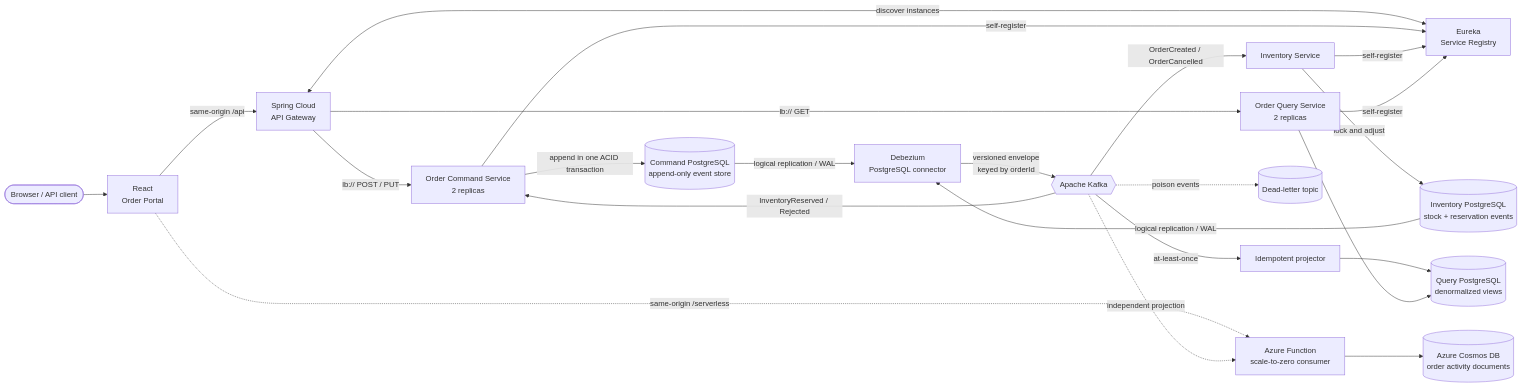
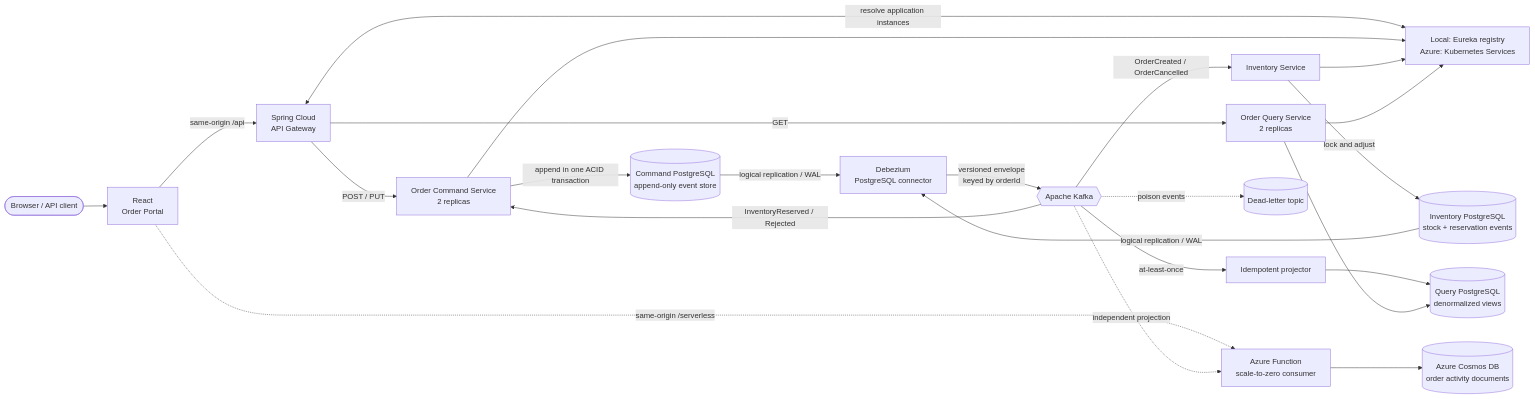
Before and after one commit to karacsonybarni/event-sourced-cqrs-microservices: the diagram in README.md, drawn with Mermaid. The commit also changed other lines of this file and 35 other files, not shown here.

Commit message:
Add Kubernetes application tier for Azure

````diff
--- a/README.md
+++ b/README.md
@@ -16,27 +16,27 @@
 ```mermaid
 flowchart LR
     Client([Browser / API client]) --> Frontend[React<br/>Order Portal]
     Frontend -->|same-origin /api| Gateway[Spring Cloud<br/>API Gateway]
     Frontend -. same-origin /serverless .-> ActivityFunction
-    Registry[Eureka<br/>Service Registry]
-    Gateway <-->|discover instances| Registry
-    Command[Order Command Service<br/>2 replicas] -->|self-register| Registry
-    Inventory[Inventory Service] -->|self-register| Registry
-    Query[Order Query Service<br/>2 replicas] -->|self-register| Registry
-    Gateway -->|lb:// POST / PUT| Command
-    Gateway -->|lb:// GET| Query
+    Discovery[Local: Eureka registry<br/>Azure: Kubernetes Services]
+    Gateway <-->|resolve application instances| Discovery
+    Command[Order Command Service<br/>2 replicas] --> Discovery
+    Inventory[Inventory Service] --> Discovery
+    Query[Order Query Service<br/>2 replicas] --> Discovery
+    Gateway -->|POST / PUT| Command
+    Gateway -->|GET| Query
 
     Command -->|append in one ACID transaction| EventStore[(Command PostgreSQL<br/>append-only event store)]
     EventStore -->|logical replication / WAL| Debezium[Debezium<br/>PostgreSQL connector]
     Debezium -->|versioned envelope<br/>keyed by orderId| Kafka{{Apache Kafka}}
     Kafka -->|OrderCreated / OrderCancelled| Inventory
     Inventory -->|lock and adjust| InventoryDB[(Inventory PostgreSQL<br/>stock + reservation events)]
     InventoryDB -->|logical replication / WAL| Debezium
     Kafka -->|InventoryReserved / Rejected| Command
     Kafka -->|at-least-once| Projector[Idempotent projector]
     Projector --> QueryDB[(Query PostgreSQL<br/>denormalized views)]
     Query --> QueryDB
     Kafka -. independent projection .-> ActivityFunction[Azure Function<br/>scale-to-zero consumer]
     ActivityFunction --> ActivityDB[(Azure Cosmos DB<br/>order activity documents)]
     Kafka -. poison events .-> DLT[(Dead-letter topic)]
 ```
````
